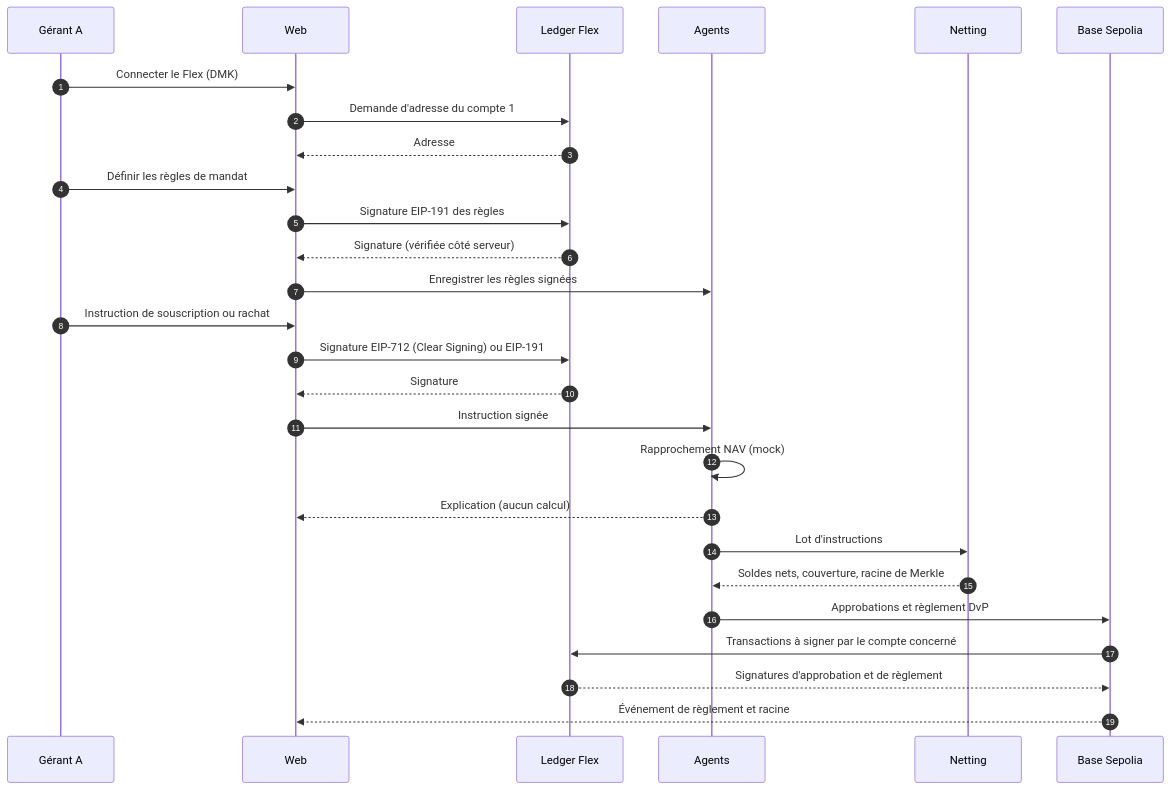
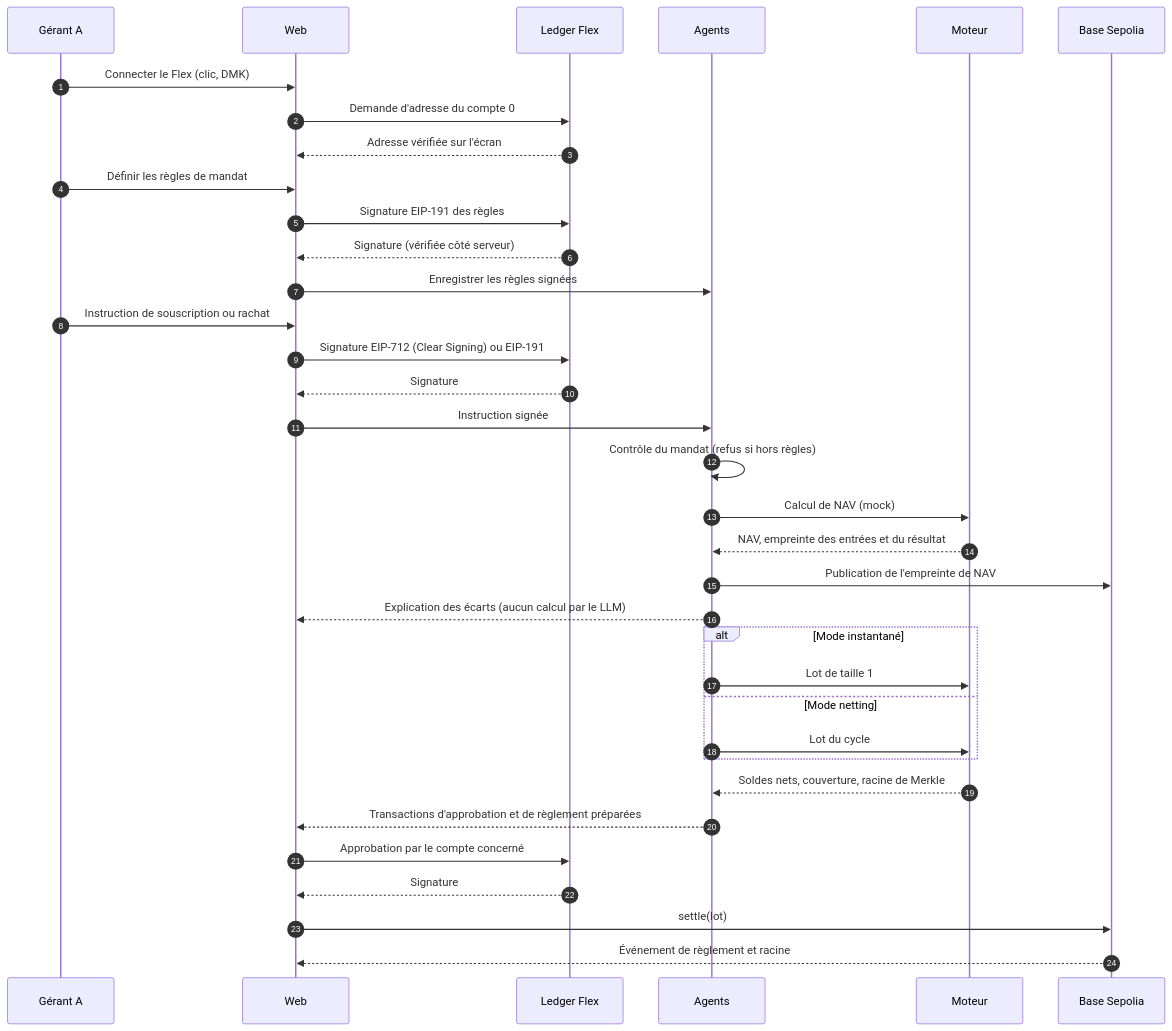
The second of 2 diagrams in docs-clearing-house-web3/diagramme-technique.md (kryptosphere-students/N3XT-Hackathon-26), drawn with Mermaid before and after one commit. The commit also changed other lines of this file and 190 other files, not shown here.

````diff
--- a/docs-clearing-house-web3/diagramme-technique.md
+++ b/docs-clearing-house-web3/diagramme-technique.md
@@ -63,34 +67,42 @@
 ```mermaid
 sequenceDiagram
     autonumber
     participant GA as Gérant A
     participant WEB as Web
     participant FLEX as Ledger Flex
     participant AG as Agents
-    participant NET as Netting
+    participant ENG as Moteur
     participant SC as Base Sepolia
 
-    GA->>WEB: Connecter le Flex (DMK)
-    WEB->>FLEX: Demande d'adresse du compte 1
-    FLEX-->>WEB: Adresse
+    GA->>WEB: Connecter le Flex (clic, DMK)
+    WEB->>FLEX: Demande d'adresse du compte 0
+    FLEX-->>WEB: Adresse vérifiée sur l'écran
     GA->>WEB: Définir les règles de mandat
     WEB->>FLEX: Signature EIP-191 des règles
     FLEX-->>WEB: Signature (vérifiée côté serveur)
     WEB->>AG: Enregistrer les règles signées
 
     GA->>WEB: Instruction de souscription ou rachat
     WEB->>FLEX: Signature EIP-712 (Clear Signing) ou EIP-191
     FLEX-->>WEB: Signature
     WEB->>AG: Instruction signée
+    AG->>AG: Contrôle du mandat (refus si hors règles)
 
-    AG->>AG: Rapprochement NAV (mock)
-    AG-->>WEB: Explication (aucun calcul)
+    AG->>ENG: Calcul de NAV (mock)
+    ENG-->>AG: NAV, empreinte des entrées et du résultat
+    AG->>SC: Publication de l'empreinte de NAV
+    AG-->>WEB: Explication des écarts (aucun calcul par le LLM)
 
-    AG->>NET: Lot d'instructions
-    NET-->>AG: Soldes nets, couverture, racine de Merkle
+    alt Mode instantané
+        AG->>ENG: Lot de taille 1
+    else Mode netting
+        AG->>ENG: Lot du cycle
+    end
+    ENG-->>AG: Soldes nets, couverture, racine de Merkle
+    AG-->>WEB: Transactions d'approbation et de règlement préparées
 
-    AG->>SC: Approbations et règlement DvP
-    SC->>FLEX: Transactions à signer par le compte concerné
-    FLEX-->>SC: Signatures d'approbation et de règlement
+    WEB->>FLEX: Approbation par le compte concerné
+    FLEX-->>WEB: Signature
+    WEB->>SC: settle(lot)
     SC-->>WEB: Événement de règlement et racine
 ```
````
